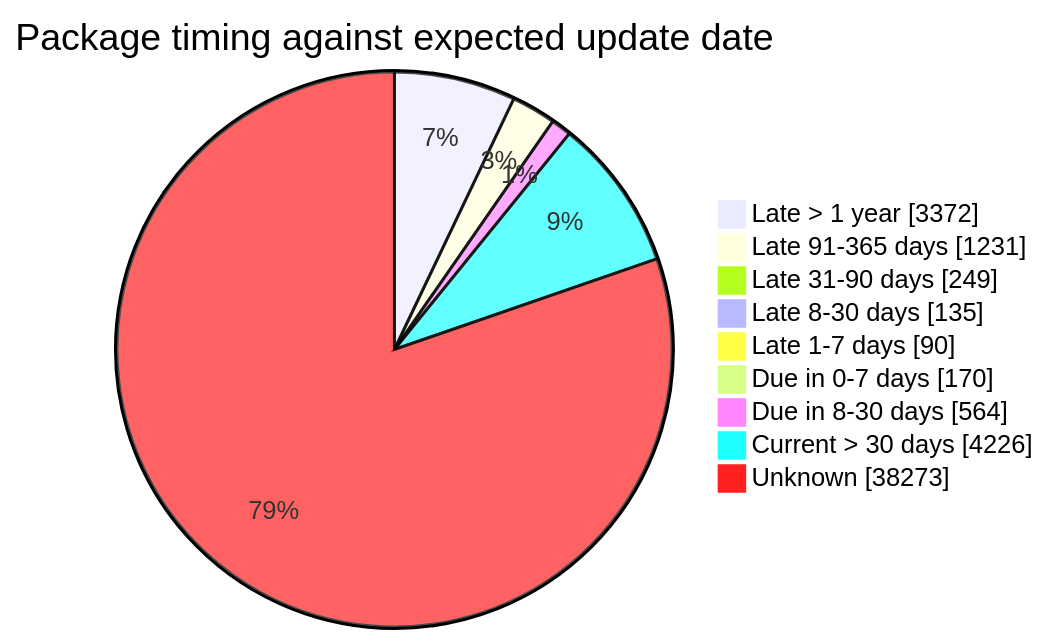
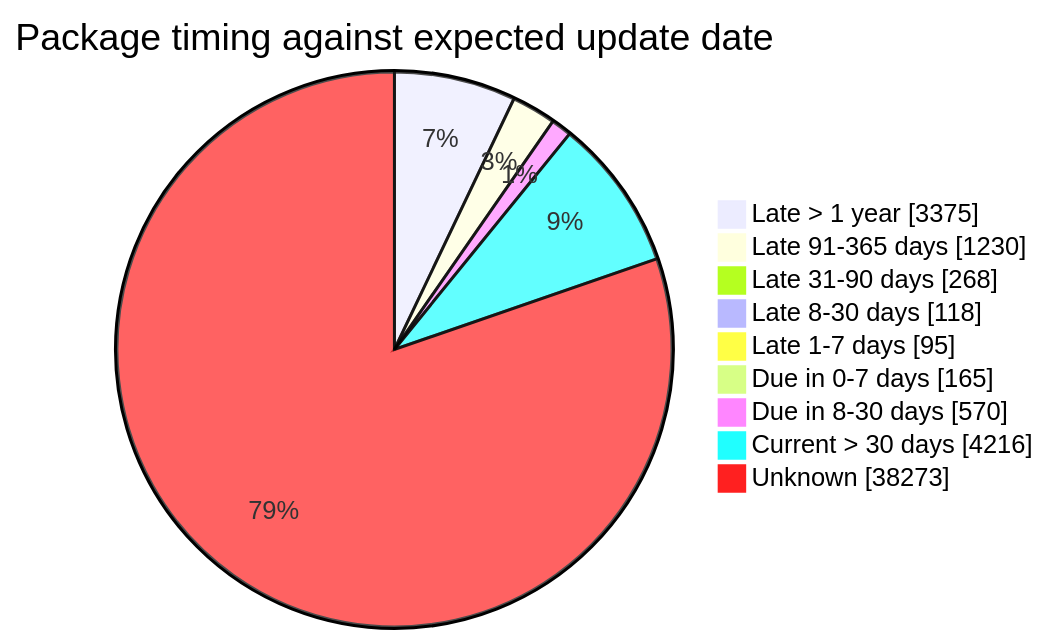
One commit to open-data/analytics-corporate-reporting changed the fourth of 5 diagrams in FreshCheck/README.md. Above: the diagram before and after it, drawn with Mermaid. The commit also changed other lines of this file and 3 other files, not shown here.

````diff
--- a/FreshCheck/README.md
+++ b/FreshCheck/README.md
@@ -86,12 +86,12 @@
 ```mermaid
 pie showData title Package timing against expected update date
-    "Late > 1 year": 3372
-    "Late 91-365 days": 1231
-    "Late 31-90 days": 249
-    "Late 8-30 days": 135
-    "Late 1-7 days": 90
-    "Due in 0-7 days": 170
-    "Due in 8-30 days": 564
-    "Current > 30 days": 4226
+    "Late > 1 year": 3375
+    "Late 91-365 days": 1230
+    "Late 31-90 days": 268
+    "Late 8-30 days": 118
+    "Late 1-7 days": 95
+    "Due in 0-7 days": 165
+    "Due in 8-30 days": 570
+    "Current > 30 days": 4216
     "Unknown": 38273
 ```
````
